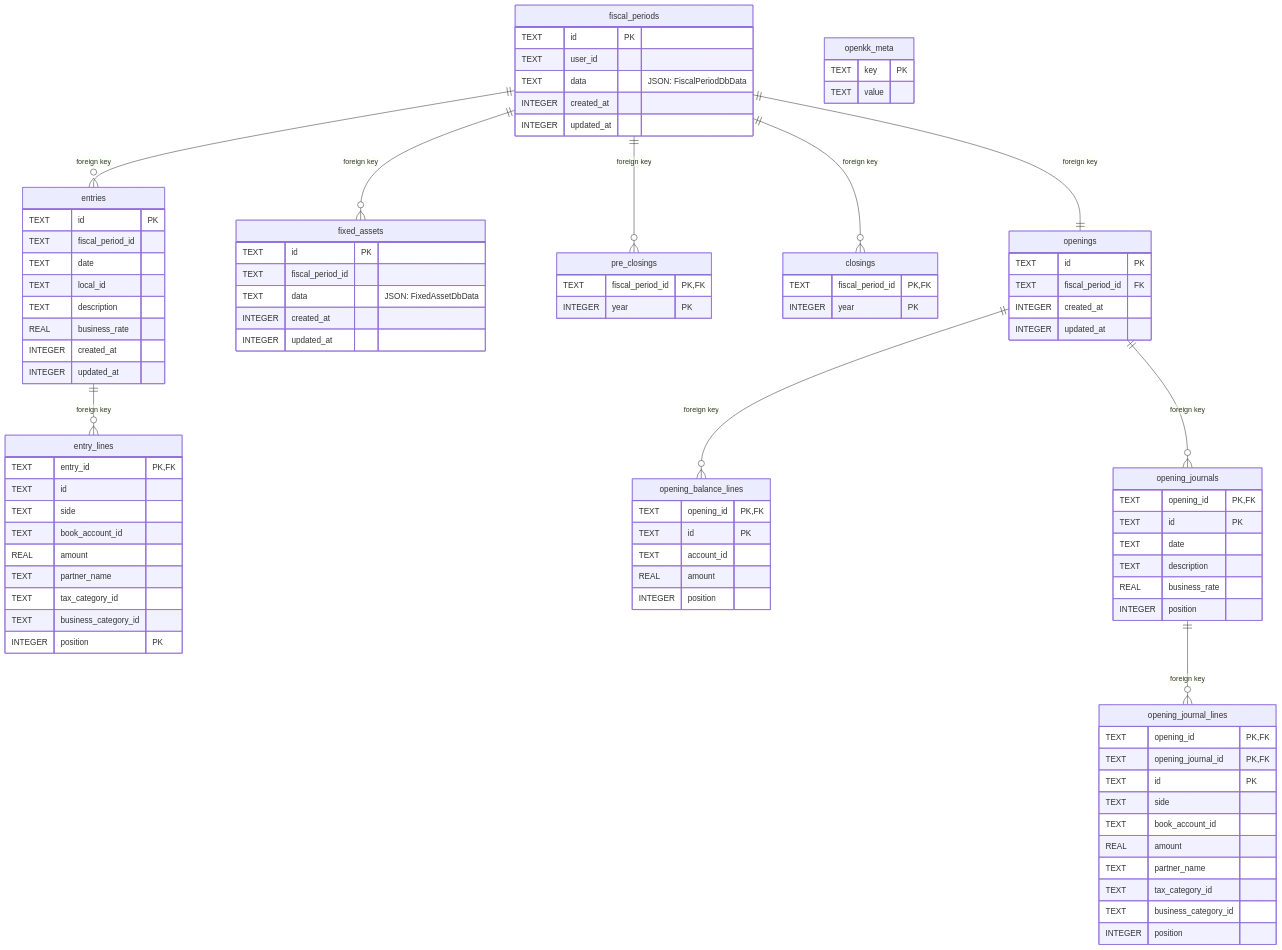
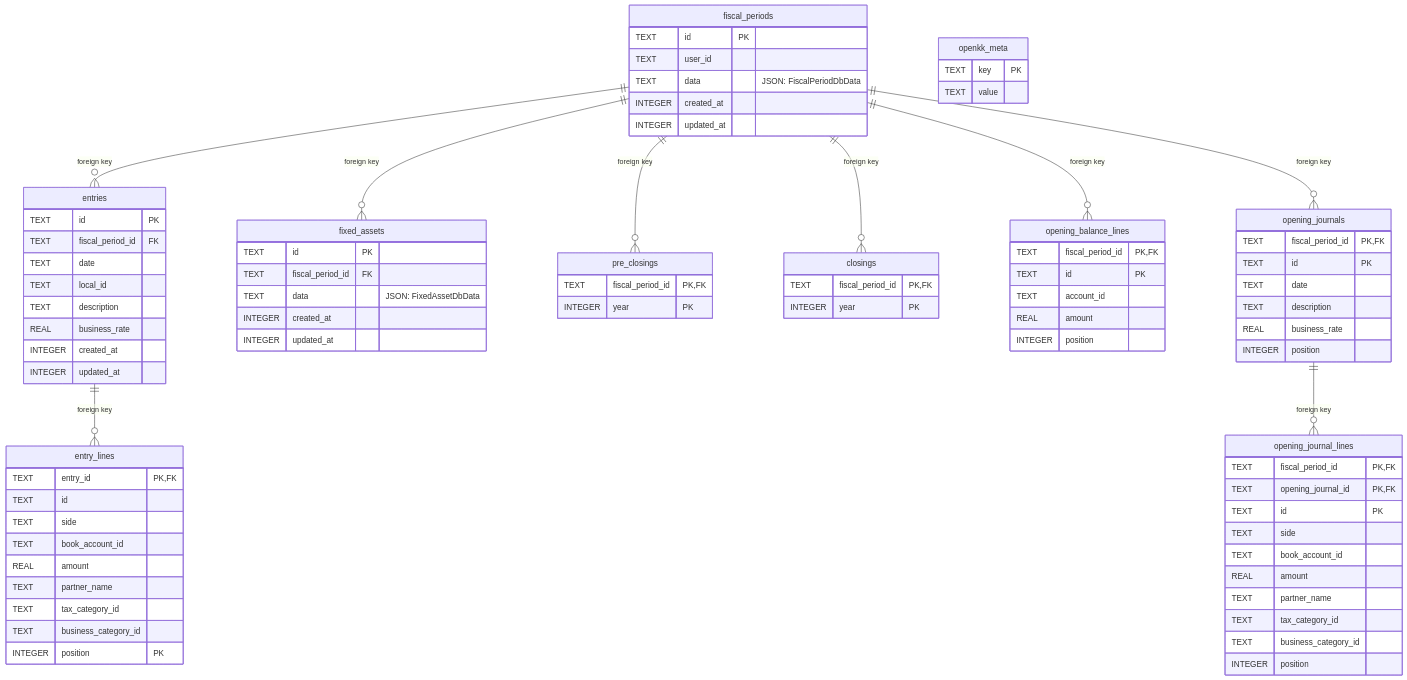
The diagram in docs/database-schema.md (rubydogjp/openkk), drawn with Mermaid before and after one commit. The commit also changed other lines of this file and 140 other files, not shown here.

```diff
--- a/docs/database-schema.md
+++ b/docs/database-schema.md
@@ -9,9 +9,8 @@
   fiscal_periods ||--o{ fixed_assets : "foreign key"
   fiscal_periods ||--o{ pre_closings : "foreign key"
   fiscal_periods ||--o{ closings : "foreign key"
-  fiscal_periods ||--|| openings : "foreign key"
-  openings ||--o{ opening_balance_lines : "foreign key"
-  openings ||--o{ opening_journals : "foreign key"
+  fiscal_periods ||--o{ opening_balance_lines : "foreign key"
+  fiscal_periods ||--o{ opening_journals : "foreign key"
   opening_journals ||--o{ opening_journal_lines : "foreign key"
 
   openkk_meta {
@@ -25,21 +24,15 @@
     INTEGER created_at
     INTEGER updated_at
   }
-  openings {
-    TEXT id PK
-    TEXT fiscal_period_id FK
-    INTEGER created_at
-    INTEGER updated_at
-  }
   opening_balance_lines {
-    TEXT opening_id PK,FK
+    TEXT fiscal_period_id PK,FK
     TEXT id PK
     TEXT account_id
     REAL amount
     INTEGER position
   }
   opening_journals {
-    TEXT opening_id PK,FK
+    TEXT fiscal_period_id PK,FK
     TEXT id PK
     TEXT date
     TEXT description
@@ -47,7 +40,7 @@
     INTEGER position
   }
   opening_journal_lines {
-    TEXT opening_id PK,FK
+    TEXT fiscal_period_id PK,FK
     TEXT opening_journal_id PK,FK
     TEXT id PK
     TEXT side
@@ -60,7 +53,7 @@
   }
   entries {
     TEXT id PK
-    TEXT fiscal_period_id
+    TEXT fiscal_period_id FK
     TEXT date
     TEXT local_id
     TEXT description
@@ -81,7 +74,7 @@
   }
   fixed_assets {
     TEXT id PK
-    TEXT fiscal_period_id
+    TEXT fiscal_period_id FK
     TEXT data "JSON: FixedAssetDbData"
     INTEGER created_at
     INTEGER updated_at
```
